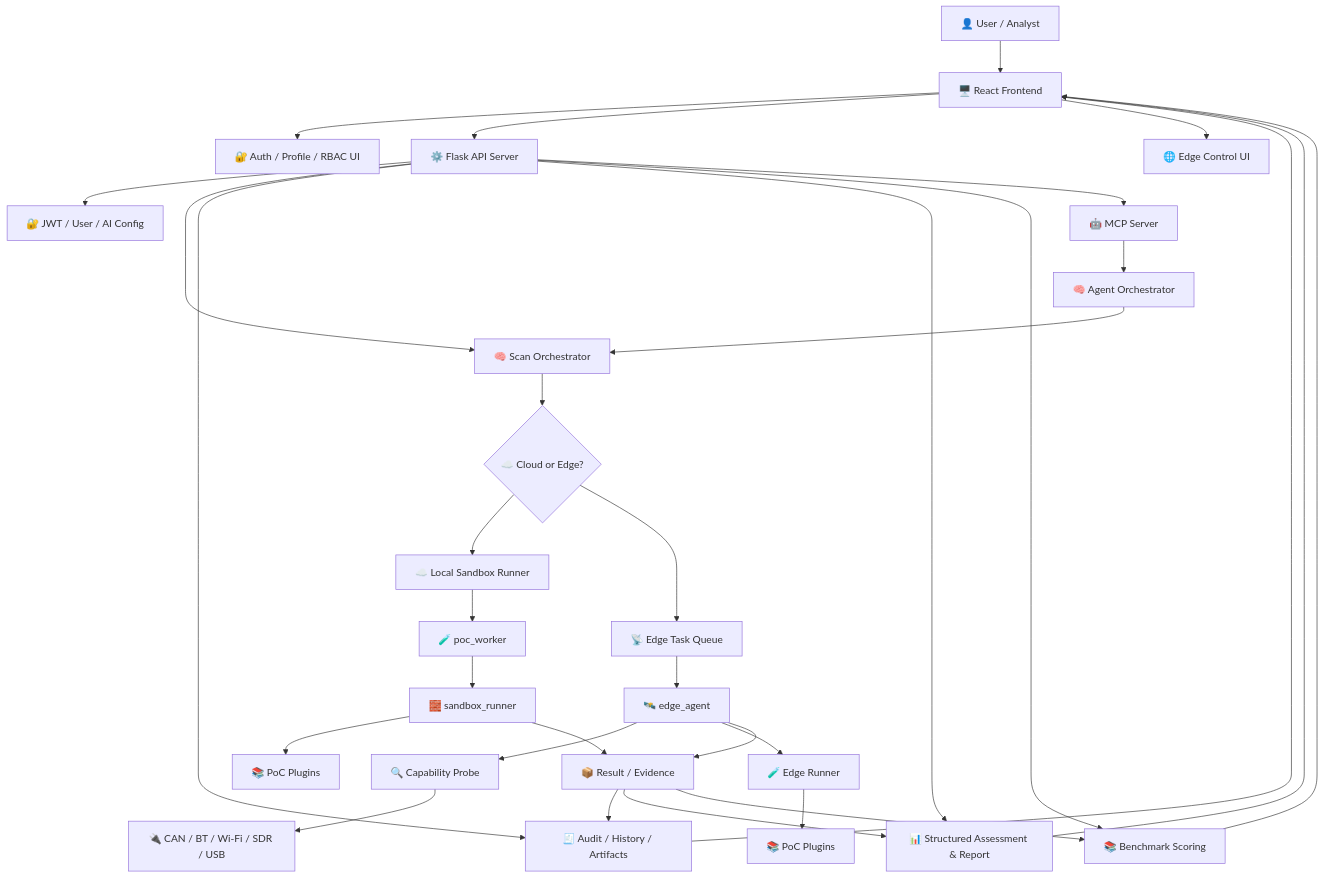
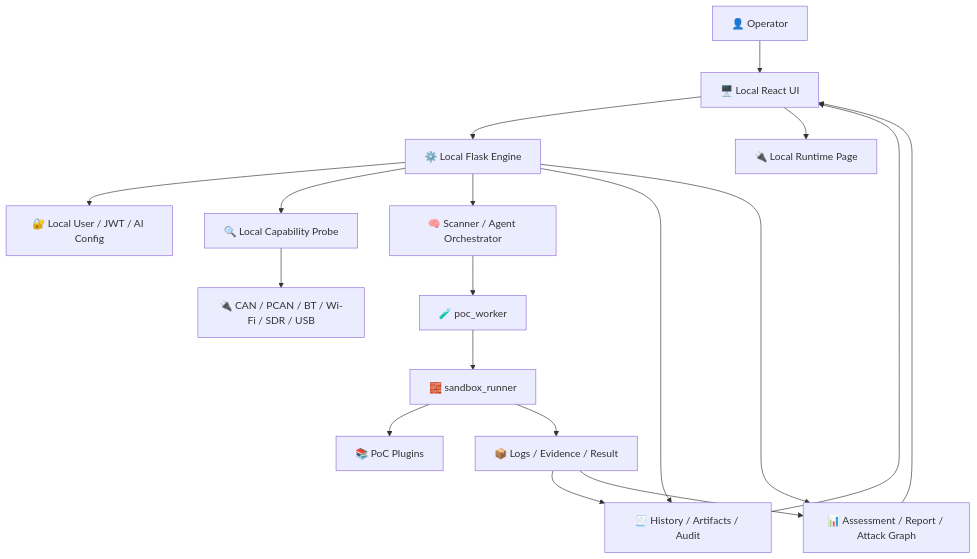
The diagram in README.md (l977489615-spec/Autosec_guard), drawn with Mermaid before and after one commit. The commit also changed other lines of this file and 28 other files, not shown here.

````diff
--- a/README.md
+++ b/README.md
@@ -195,44 +123,24 @@
 ```mermaid
 flowchart TD
-    U[👤 User / Analyst] --> FE[🖥️ React Frontend]
+    U[👤 Operator] --> FE[🖥️ Local React UI]
+    FE --> API[⚙️ Local Flask Engine]
+    FE --> LR[🔌 Local Runtime Page]
 
-    FE --> AUTHUI[🔐 Auth / Profile / RBAC UI]
-    FE --> API[⚙️ Flask API Server]
-    FE --> EDGEUI[🌐 Edge Control UI]
+    API --> AUTH[🔐 Local User / JWT / AI Config]
+    API --> CAPP[🔍 Local Capability Probe]
+    API --> ORCH[🧠 Scanner / Agent Orchestrator]
+    API --> AUDIT[🧾 History / Artifacts / Audit]
+    API --> REPORT[📊 Assessment / Report / Attack Graph]
 
-    API --> AUTH[🔐 JWT / User / AI Config]
-    API --> ORCH[🧠 Scan Orchestrator]
-    API --> AUDIT[🧾 Audit / History / Artifacts]
-    API --> REPORT[📊 Structured Assessment & Report]
-    API --> EVAL[📚 Benchmark Scoring]
+    CAPP --> HW[🔌 CAN / PCAN / BT / Wi-Fi / SDR / USB]
 
-    ORCH --> ROUTER{☁️ Cloud or Edge?}
-
-    ROUTER --> CLOUD[☁️ Local Sandbox Runner]
-    ROUTER --> EDGE[📡 Edge Task Queue]
-
-    CLOUD --> WORKER[🧪 poc_worker]
+    ORCH --> WORKER[🧪 poc_worker]
     WORKER --> SANDBOX[🧱 sandbox_runner]
     SANDBOX --> POCS[📚 PoC Plugins]
 
-    EDGE --> AGENT[🛰️ edge_agent]
-    AGENT --> PROBE[🔍 Capability Probe]
-    AGENT --> EWORKER[🧪 Edge Runner]
-    EWORKER --> EPOCS[📚 PoC Plugins]
-
-    API --> MCP[🤖 MCP Server]
-    MCP --> AORCH[🧠 Agent Orchestrator]
-    AORCH --> ORCH
-
-    PROBE --> HW[🔌 CAN / BT / Wi-Fi / SDR / USB]
-
-    SANDBOX --> RESULT[📦 Result / Evidence]
-    AGENT --> RESULT
+    SANDBOX --> RESULT[📦 Logs / Evidence / Result]
     RESULT --> AUDIT
     RESULT --> REPORT
-    RESULT --> EVAL
-
     REPORT --> FE
     AUDIT --> FE
-    EVAL --> FE
 ```
````
